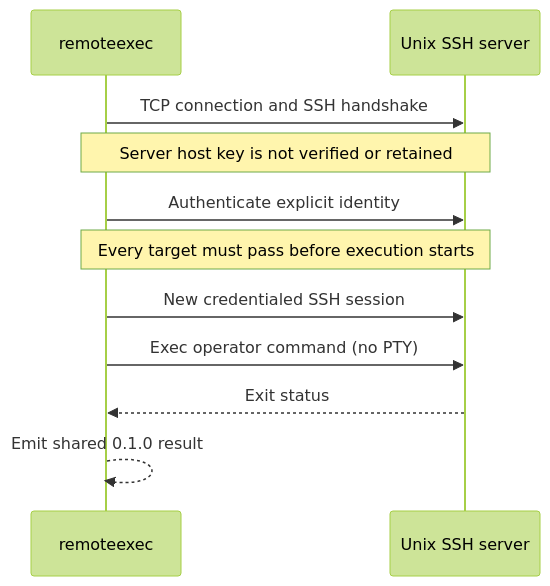
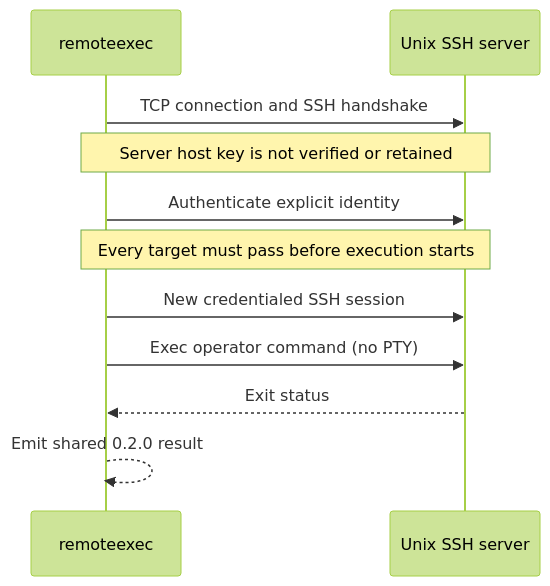
The diagram in docs/techniques/sshexec.md (rubyattack3r/remoteexec), drawn with Mermaid (forest theme) before and after one commit. The commit also changed other lines of this file and 72 other files, not shown here.

````diff
--- a/docs/techniques/sshexec.md
+++ b/docs/techniques/sshexec.md
@@ -29,13 +29,13 @@
 ```mermaid
 sequenceDiagram
     participant R as remoteexec
     participant T as Unix SSH server
     R->>T: TCP connection and SSH handshake
     Note over R,T: Server host key is not verified or retained
     R->>T: Authenticate explicit identity
     Note over R,T: Every target must pass before execution starts
     R->>T: New credentialed SSH session
     R->>T: Exec operator command (no PTY)
     T-->>R: Exit status
-    R-->>R: Emit shared 0.1.0 result
+    R-->>R: Emit shared 0.2.0 result
 ```
````
